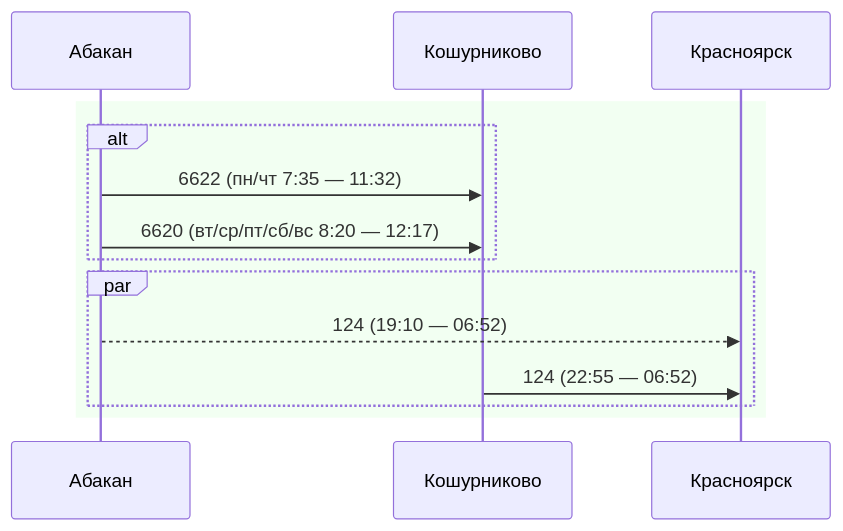
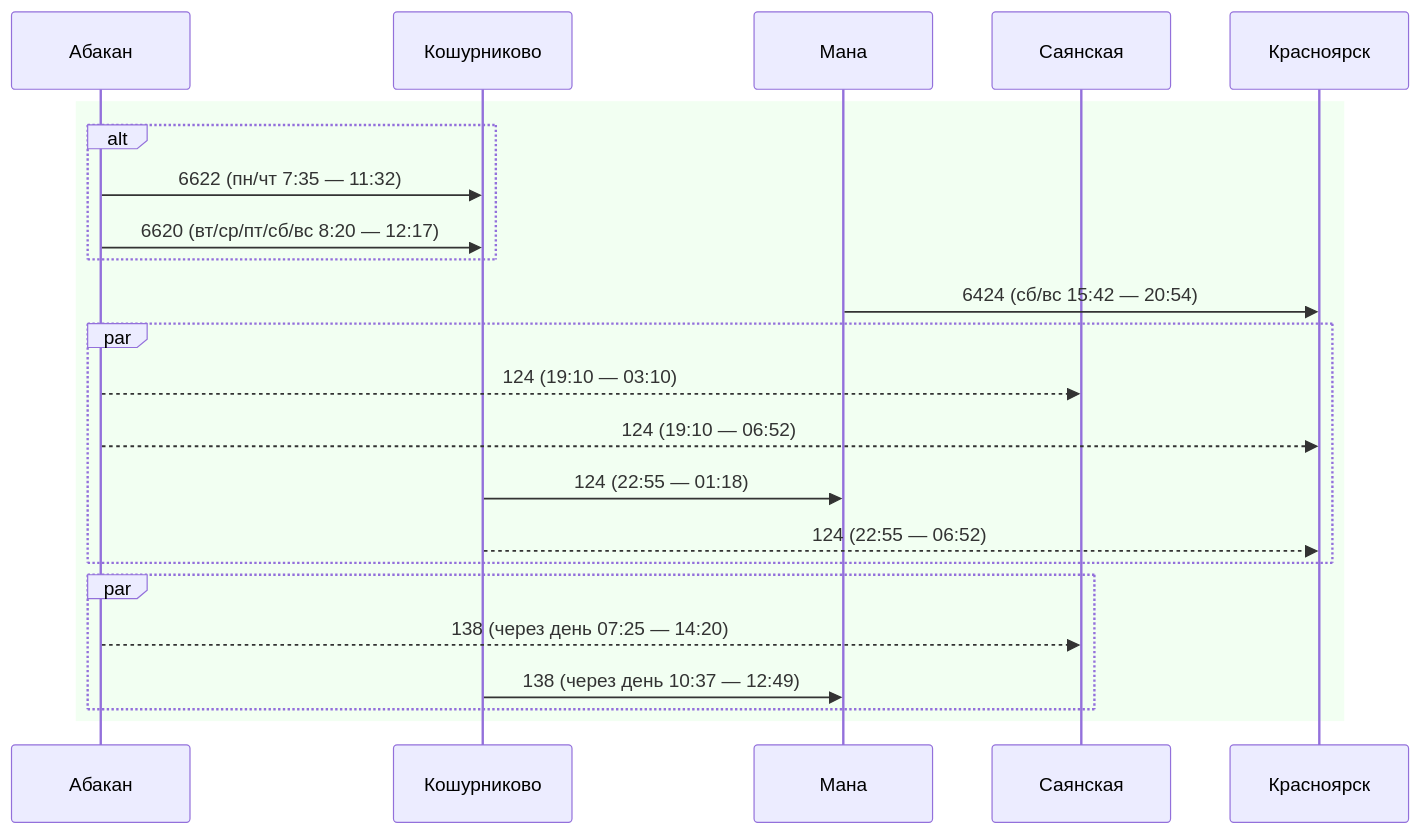
Before and after one commit to u0feff/Pezda: the tenth of 14 diagrams in README.md, drawn with Mermaid.

Commit message:
Add more routes for Абакан - Красноярск

````diff
--- a/README.md
+++ b/README.md
@@ -493,17 +493,29 @@
 ```mermaid
 sequenceDiagram
     participant Абакан
     participant Кошурниково
+    participant Мана
+    participant Саянская
     participant Красноярск
 
     rect rgba(0, 255, 0, 0.05)
     alt
     Абакан->>Кошурниково: 6622 (пн/чт 7:35 — 11:32)
     Абакан->>Кошурниково: 6620 (вт/ср/пт/сб/вс 8:20 — 12:17)
     end
+
+    Мана->>Красноярск: 6424 (сб/вс 15:42 — 20:54)
+
     par
+    Абакан-->>Саянская: 124 (19:10 — 03:10)
     Абакан-->>Красноярск: 124 (19:10 — 06:52)
-    Кошурниково->>Красноярск: 124 (22:55 — 06:52)
+    Кошурниково->>Мана: 124 (22:55 — 01:18)
+    Кошурниково-->>Красноярск: 124 (22:55 — 06:52)
+    end
+
+    par
+    Абакан-->>Саянская: 138 (через день 07:25 — 14:20)
+    Кошурниково->>Мана: 138 (через день 10:37 — 12:49)
     end
     end
 ```
````
